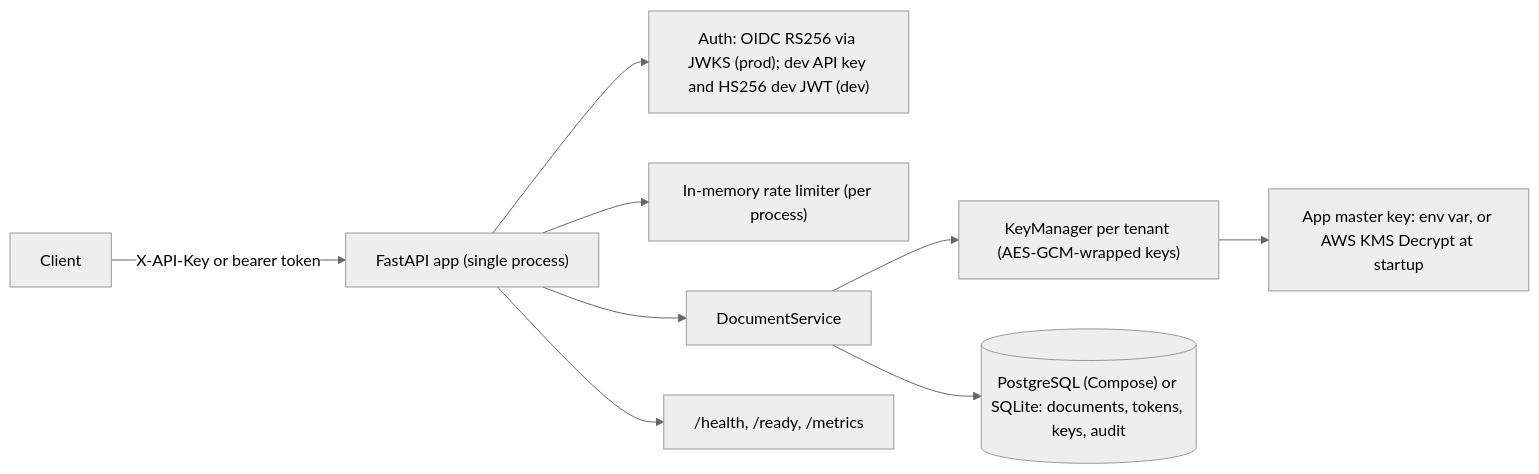
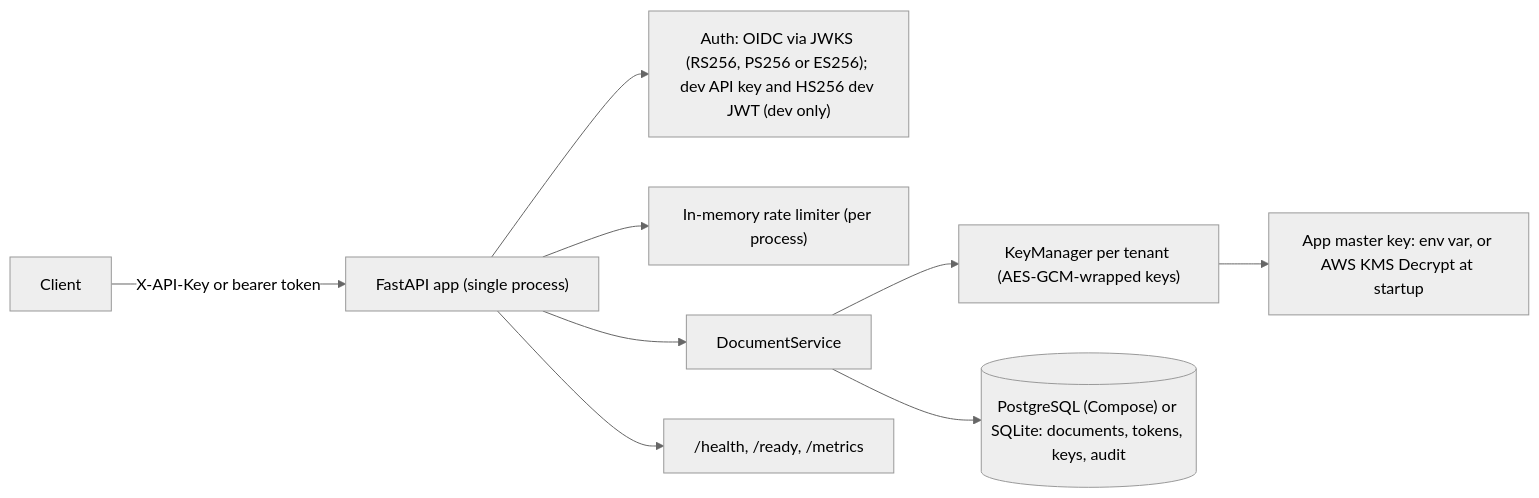
One commit to MysterionRise/encrypted-information-retrieval changed the first of 18 diagrams in docs/ARCHITECTURE.md. Above: the diagram before and after it, drawn with Mermaid (neutral theme). The commit also changed other lines of this file and 20 other files, not shown here.

First line of the commit message:
feat!: harden auth and the HTTP surface; dev auth off by default

````diff
--- a/docs/ARCHITECTURE.md
+++ b/docs/ARCHITECTURE.md
@@ -19,11 +19,11 @@
 ```mermaid
 graph LR
     CLIENT["Client"] -->|"X-API-Key or bearer token"| API["FastAPI app (single process)"]
-    API --> AUTH["Auth: OIDC RS256 via JWKS (prod); dev API key and HS256 dev JWT (dev)"]
+    API --> AUTH["Auth: OIDC via JWKS (RS256, PS256 or ES256); dev API key and HS256 dev JWT (dev only)"]
     API --> RL["In-memory rate limiter (per process)"]
     API --> DS["DocumentService"]
     DS --> KM["KeyManager per tenant (AES-GCM-wrapped keys)"]
     KM --> MK["App master key: env var, or AWS KMS Decrypt at startup"]
     DS --> DB[("PostgreSQL (Compose) or SQLite: documents, tokens, keys, audit")]
     API --> ADMIN["/health, /ready, /metrics"]
 ```
````
